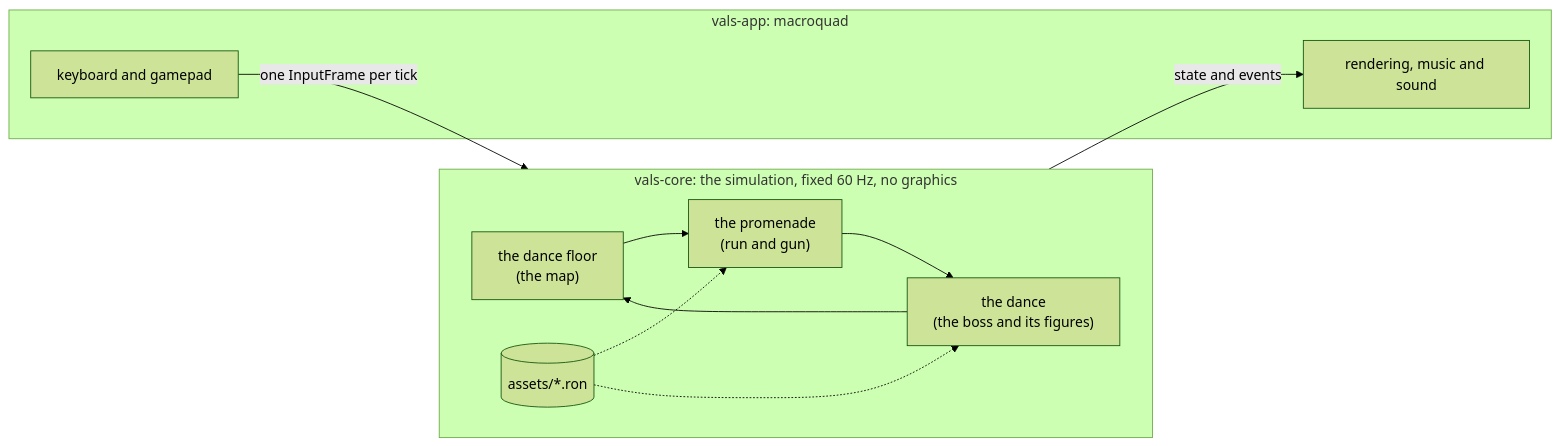
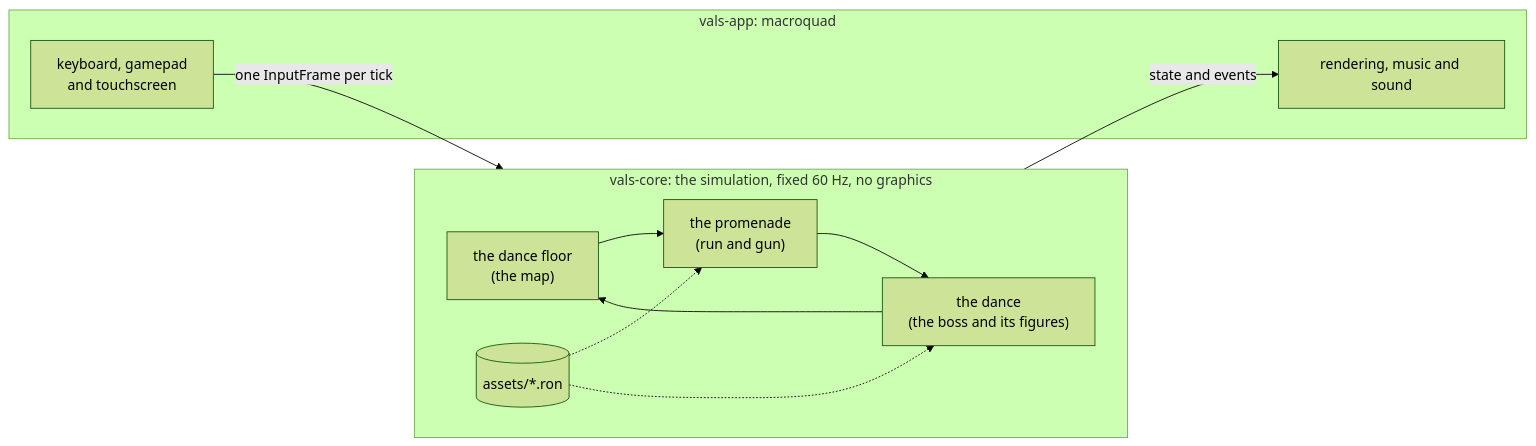
Before and after one commit to diegocj30/vals: the diagram in README.en.md, drawn with Mermaid (forest theme). The commit also changed other lines of this file and 12 other files, not shown here.

````diff
--- a/README.en.md
+++ b/README.en.md
@@ -108,15 +156,15 @@
 ```mermaid
 flowchart LR
     subgraph core["vals-core: the simulation, fixed 60 Hz, no graphics"]
         direction LR
         mapa["the dance floor<br/>(the map)"] --> paseo["the promenade<br/>(run and gun)"] --> baile["the dance<br/>(the boss and its figures)"] --> mapa
         ron[("assets/*.ron")] -.-> paseo
         ron -.-> baile
     end
     subgraph app["vals-app: macroquad"]
-        input["keyboard and gamepad"]
+        input["keyboard, gamepad<br/>and touchscreen"]
         salida["rendering, music and sound"]
     end
     input -- "one InputFrame per tick" --> core
     core -- "state and events" --> salida
 ```
````
